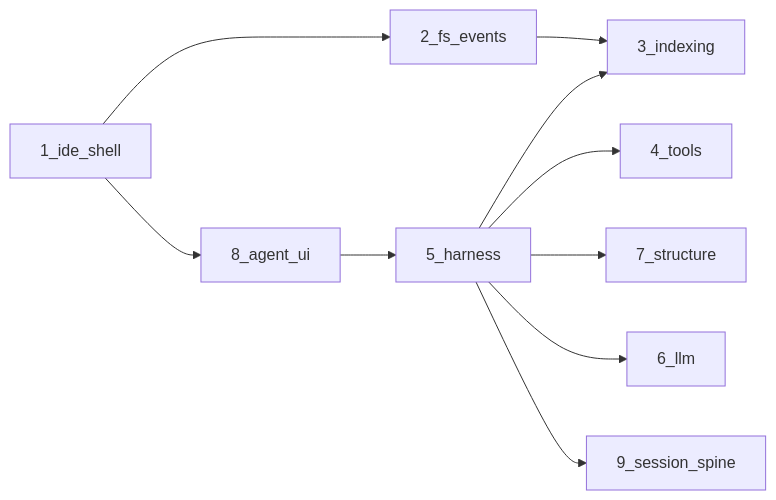
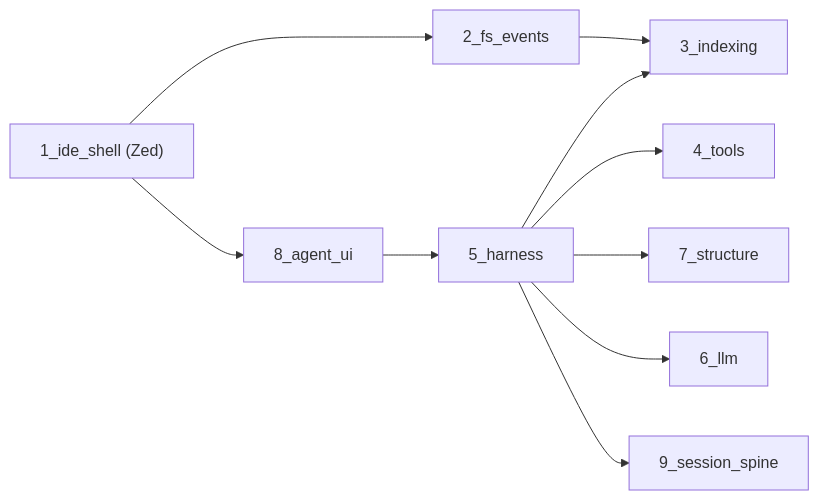
The diagram in docs/product/totaalproduct.md (Lennaertds/cardine), drawn with Mermaid before and after one commit. The commit also changed other lines of this file and 1 other file, not shown here.

````diff
--- a/docs/product/totaalproduct.md
+++ b/docs/product/totaalproduct.md
@@ -32,12 +32,12 @@
 ```mermaid
 flowchart LR
-  ide[1_ide_shell] --> fs[2_fs_events]
+  ide["1_ide_shell (Zed)"] --> fs[2_fs_events]
   fs --> idx[3_indexing]
   ide --> ui[8_agent_ui]
   ui --> harness[5_harness]
   harness --> tools[4_tools]
   harness --> idx
   harness --> struct[7_structure]
   harness --> llm[6_llm]
   harness --> spine[9_session_spine]
 ```
````
